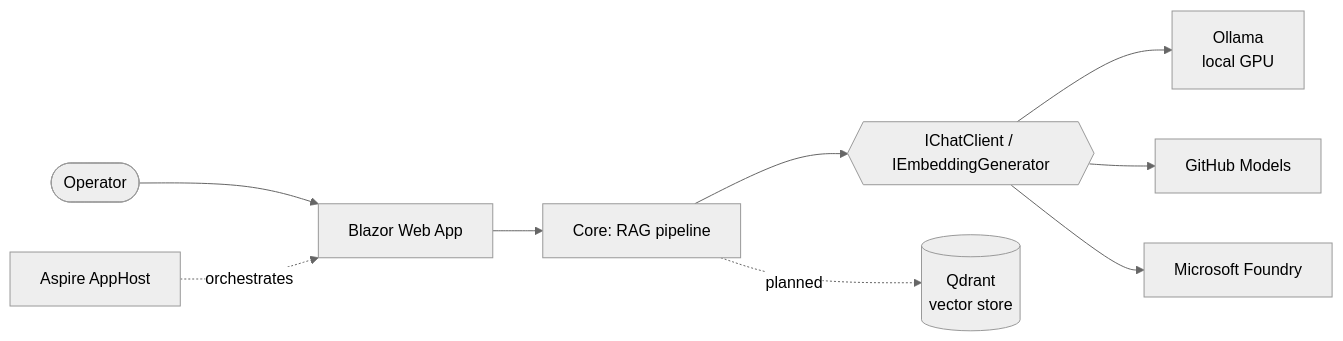
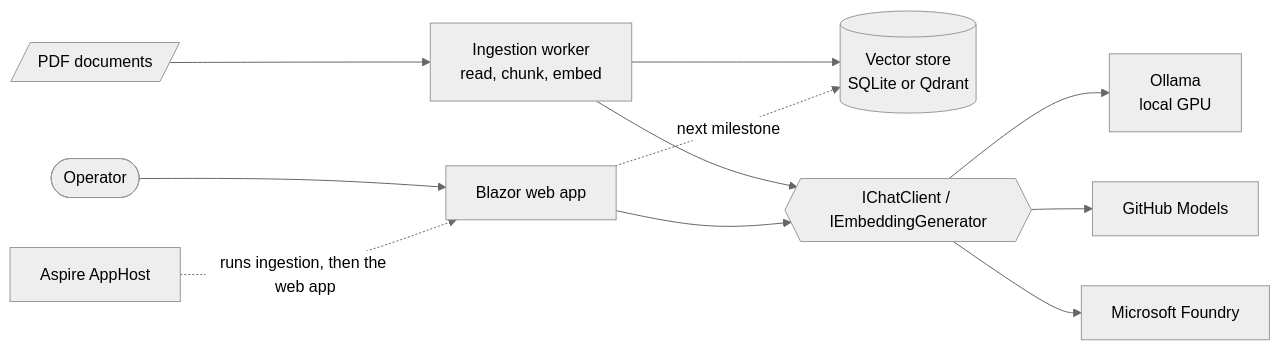
One commit to TomasWarchol/shopfloor-assistant changed the diagram in README.md. Above: the diagram before and after it, drawn with Mermaid (neutral theme). The commit also changed other lines of this file and 2 other files, not shown here.

Commit message:
docs: ADRs for chunking and the vector store; README for ingestion

````diff
--- a/README.md
+++ b/README.md
@@ -33,11 +35,12 @@
 ```mermaid
 flowchart LR
-    U([Operator]) --> W[Blazor Web App]
-    W --> C[Core: RAG pipeline]
-    C --> AI{{IChatClient / IEmbeddingGenerator}}
+    PDF[/PDF documents/] --> I[Ingestion worker<br/>read, chunk, embed]
+    I --> V[(Vector store<br/>SQLite or Qdrant)]
+    U([Operator]) --> W[Blazor web app]
+    W -. next milestone .-> V
+    I & W --> AI{{IChatClient / IEmbeddingGenerator}}
     AI --> O[Ollama<br/>local GPU]
     AI --> G[GitHub Models]
     AI --> F[Microsoft Foundry]
-    C -. planned .-> Q[(Qdrant<br/>vector store)]
-    H[Aspire AppHost] -. orchestrates .-> W
+    H[Aspire AppHost] -. runs ingestion, then the web app .-> W
 ```
````
